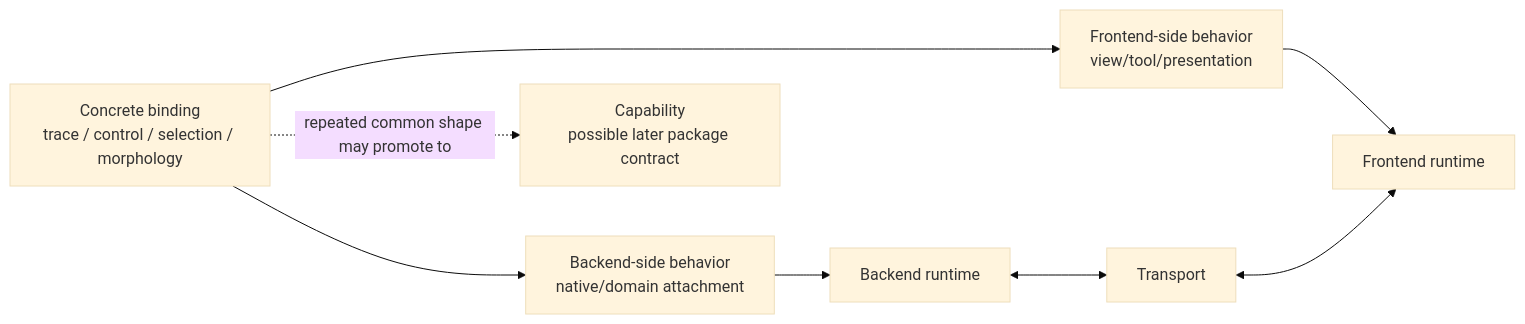
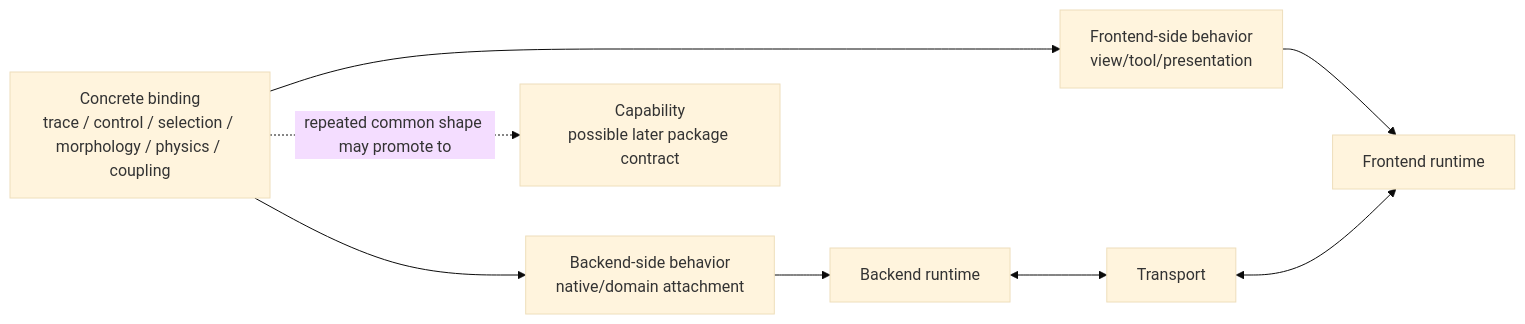
One commit to orrenravid1/CompartmentalNeuronGUI changed the seventh of 19 diagrams in docs/architecture/design/proposals/backend-transport-frontend-proposal.md. Above: the diagram before and after it, drawn with Mermaid (base theme). The commit also changed other lines of this file and 6 other files, not shown here.

````diff
--- a/docs/architecture/design/proposals/backend-transport-frontend-proposal.md
+++ b/docs/architecture/design/proposals/backend-transport-frontend-proposal.md
@@ -839,17 +968,17 @@
 ```mermaid
 flowchart LR
-    Binding[Concrete binding<br/>trace / control / selection / morphology]
+    Binding[Concrete binding<br/>trace / control / selection / morphology / physics / coupling]
     BackendSide[Backend-side behavior<br/>native/domain attachment]
     FrontendSide[Frontend-side behavior<br/>view/tool/presentation]
     Backend[Backend runtime]
     Transport[Transport]
     Frontend[Frontend runtime]
     Future[Capability<br/>possible later package contract]
 
     Binding --> BackendSide
     Binding --> FrontendSide
     BackendSide --> Backend
     FrontendSide --> Frontend
     Backend <--> Transport <--> Frontend
     Binding -. repeated common shape may promote to .-> Future
 ```
````
